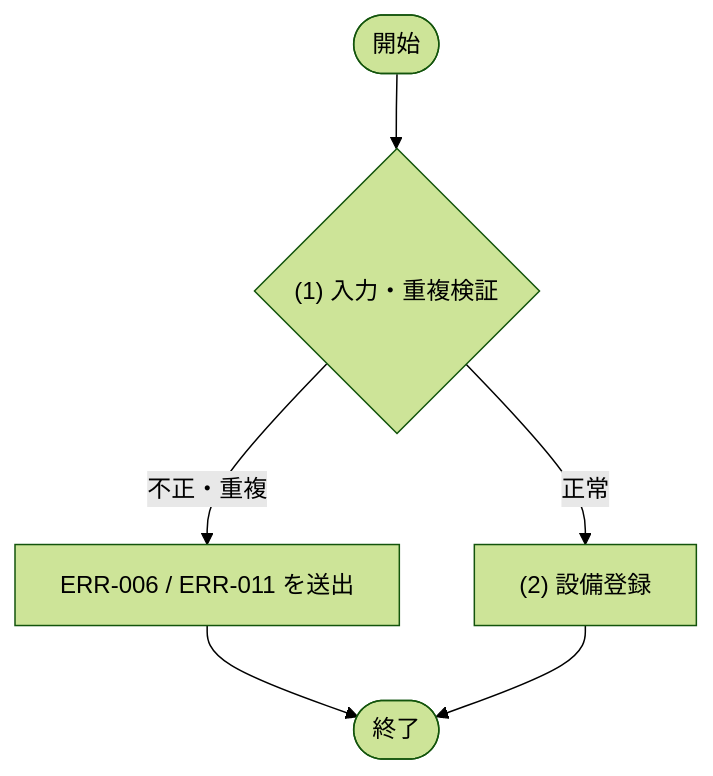
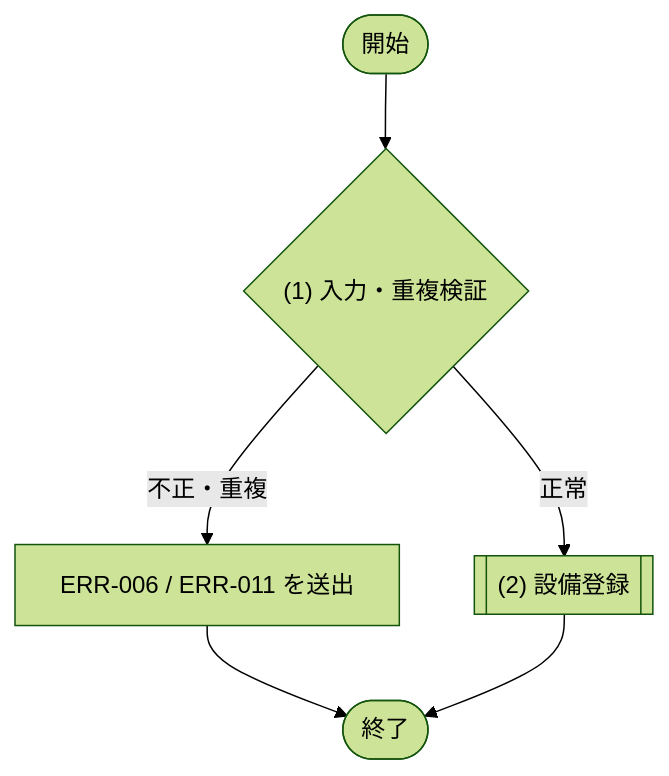
The fourth of 5 diagrams in docs/03_機能設計/05_モジュール設計/MOD-004_会議室管理サービス.md (sikakou54/system-document-template), drawn with Mermaid (forest theme) before and after one commit. The commit also changed other lines of this file and 28 other files, not shown here.

````diff
--- a/docs/03_機能設計/05_モジュール設計/MOD-004_会議室管理サービス.md
+++ b/docs/03_機能設計/05_モジュール設計/MOD-004_会議室管理サービス.md
@@ -431,12 +431,12 @@
 ```mermaid
 flowchart TD
   Start([開始])
   D1{"(1) 入力・重複検証"}
-  P1["(2) 設備登録"]
+  P1[["(2) 設備登録"]]
   E1["ERR-006 / ERR-011 を送出"]
   End([終了])
 
   Start --> D1
   D1 -- "不正・重複" --> E1 --> End
   D1 -- "正常" --> P1 --> End
 ```
````
